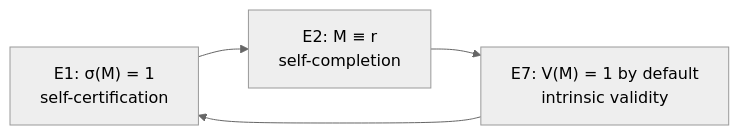
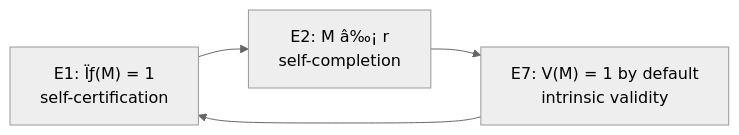
Before and after one commit to AIhugART/VVV-QMRF-VietVunVut-Quantum-Measurement-Registration-Framework: the third of 4 diagrams in documents/research_documents/vvv-eqm/VVV_EQM_vs_Standard_QM_system_diagram.md, drawn with Mermaid (neutral theme). The commit also changed other lines of this file and 51 other files, not shown here.

````diff
--- a/documents/research_documents/vvv-eqm/VVV_EQM_vs_Standard_QM_system_diagram.md
+++ b/documents/research_documents/vvv-eqm/VVV_EQM_vs_Standard_QM_system_diagram.md
@@ -124,10 +124,10 @@
 ```mermaid
 flowchart LR
-  E1["E1: σ(M) = 1<br/>self-certification"]
-  E2["E2: M ≡ r<br/>self-completion"]
+  E1["E1: Ïƒ(M) = 1<br/>self-certification"]
+  E2["E2: M â‰¡ r<br/>self-completion"]
   E7["E7: V(M) = 1 by default<br/>intrinsic validity"]
 
   E1 --> E2
   E2 --> E7
   E7 --> E1
 ```
````
